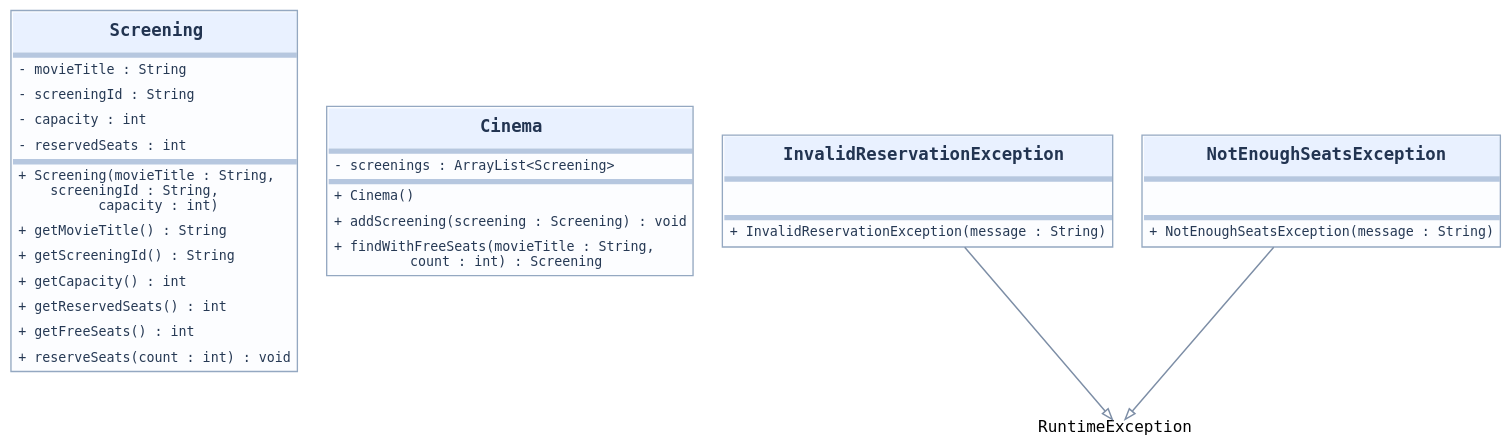
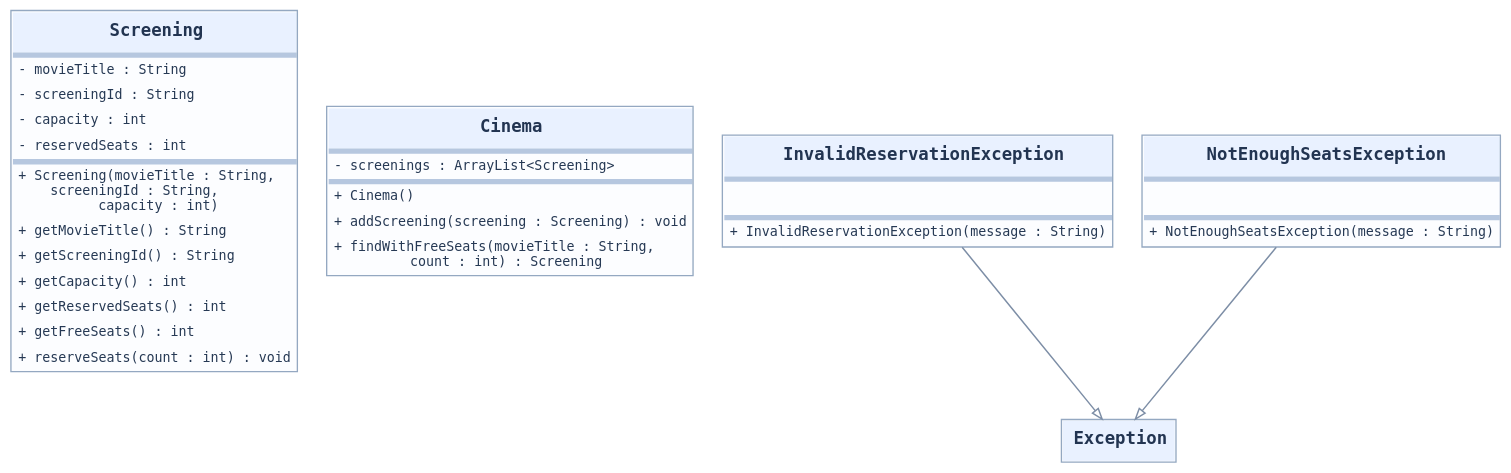
One commit to edetroll/java-oop changed the diagram in content/chapters/13-kivetelek/media/task-3-en.dot. Above: the diagram before and after it, drawn with Graphviz. The commit also changed 44 other files, not shown here.

```diff
--- a/content/chapters/13-kivetelek/media/task-3-en.dot
+++ b/content/chapters/13-kivetelek/media/task-3-en.dot
@@ -1,13 +1,12 @@
 digraph UML {
 graph [rankdir=TB, bgcolor="transparent", nodesep="0.30", ranksep="0.50", pad="0.12", splines=polyline];
 node [shape=plain];
 edge [color="#7d8ea6", penwidth=1.1, arrowsize=0.8];
 "Screening" [label=<<TABLE BORDER="1" COLOR="#94a8c1" CELLBORDER="0" CELLSPACING="0" BGCOLOR="#fcfdff"><TR><TD ALIGN="CENTER" CELLPADDING="8" BGCOLOR="#e9f1ff"><FONT FACE="DejaVu Sans Mono" POINT-SIZE="13" COLOR="#223451"><B>Screening</B></FONT></TD></TR><TR><TD BGCOLOR="#b6c7df" HEIGHT="2"></TD></TR><TR><TD ALIGN="LEFT" CELLPADDING="4"><FONT FACE="DejaVu Sans Mono" POINT-SIZE="10" COLOR="#263954">- movieTitle : String</FONT></TD></TR><TR><TD ALIGN="LEFT" CELLPADDING="4"><FONT FACE="DejaVu Sans Mono" POINT-SIZE="10" COLOR="#263954">- screeningId : String</FONT></TD></TR><TR><TD ALIGN="LEFT" CELLPADDING="4"><FONT FACE="DejaVu Sans Mono" POINT-SIZE="10" COLOR="#263954">- capacity : int</FONT></TD></TR><TR><TD ALIGN="LEFT" CELLPADDING="4"><FONT FACE="DejaVu Sans Mono" POINT-SIZE="10" COLOR="#263954">- reservedSeats : int</FONT></TD></TR><TR><TD BGCOLOR="#b6c7df" HEIGHT="2"></TD></TR><TR><TD ALIGN="LEFT" CELLPADDING="4"><FONT FACE="DejaVu Sans Mono" POINT-SIZE="10" COLOR="#263954">+ Screening(movieTitle : String,<BR ALIGN="LEFT"/>     screeningId : String,<BR ALIGN="LEFT"/>     capacity : int)</FONT></TD></TR><TR><TD ALIGN="LEFT" CELLPADDING="4"><FONT FACE="DejaVu Sans Mono" POINT-SIZE="10" COLOR="#263954">+ getMovieTitle() : String</FONT></TD></TR><TR><TD ALIGN="LEFT" CELLPADDING="4"><FONT FACE="DejaVu Sans Mono" POINT-SIZE="10" COLOR="#263954">+ getScreeningId() : String</FONT></TD></TR><TR><TD ALIGN="LEFT" CELLPADDING="4"><FONT FACE="DejaVu Sans Mono" POINT-SIZE="10" COLOR="#263954">+ getCapacity() : int</FONT></TD></TR><TR><TD ALIGN="LEFT" CELLPADDING="4"><FONT FACE="DejaVu Sans Mono" POINT-SIZE="10" COLOR="#263954">+ getReservedSeats() : int</FONT></TD></TR><TR><TD ALIGN="LEFT" CELLPADDING="4"><FONT FACE="DejaVu Sans Mono" POINT-SIZE="10" COLOR="#263954">+ getFreeSeats() : int</FONT></TD></TR><TR><TD ALIGN="LEFT" CELLPADDING="4"><FONT FACE="DejaVu Sans Mono" POINT-SIZE="10" COLOR="#263954">+ reserveSeats(count : int) : void</FONT></TD></TR></TABLE>>];
 "Cinema" [label=<<TABLE BORDER="1" COLOR="#94a8c1" CELLBORDER="0" CELLSPACING="0" BGCOLOR="#fcfdff"><TR><TD ALIGN="CENTER" CELLPADDING="8" BGCOLOR="#e9f1ff"><FONT FACE="DejaVu Sans Mono" POINT-SIZE="13" COLOR="#223451"><B>Cinema</B></FONT></TD></TR><TR><TD BGCOLOR="#b6c7df" HEIGHT="2"></TD></TR><TR><TD ALIGN="LEFT" CELLPADDING="4"><FONT FACE="DejaVu Sans Mono" POINT-SIZE="10" COLOR="#263954">- screenings : ArrayList&lt;Screening&gt;</FONT></TD></TR><TR><TD BGCOLOR="#b6c7df" HEIGHT="2"></TD></TR><TR><TD ALIGN="LEFT" CELLPADDING="4"><FONT FACE="DejaVu Sans Mono" POINT-SIZE="10" COLOR="#263954">+ Cinema()</FONT></TD></TR><TR><TD ALIGN="LEFT" CELLPADDING="4"><FONT FACE="DejaVu Sans Mono" POINT-SIZE="10" COLOR="#263954">+ addScreening(screening : Screening) : void</FONT></TD></TR><TR><TD ALIGN="LEFT" CELLPADDING="4"><FONT FACE="DejaVu Sans Mono" POINT-SIZE="10" COLOR="#263954">+ findWithFreeSeats(movieTitle : String,<BR ALIGN="LEFT"/>     count : int) : Screening</FONT></TD></TR></TABLE>>];
 "InvalidReservationException" [label=<<TABLE BORDER="1" COLOR="#94a8c1" CELLBORDER="0" CELLSPACING="0" BGCOLOR="#fcfdff"><TR><TD ALIGN="CENTER" CELLPADDING="8" BGCOLOR="#e9f1ff"><FONT FACE="DejaVu Sans Mono" POINT-SIZE="13" COLOR="#223451"><B>InvalidReservationException</B></FONT></TD></TR><TR><TD BGCOLOR="#b6c7df" HEIGHT="2"></TD></TR><TR><TD ALIGN="LEFT" CELLPADDING="5"> </TD></TR><TR><TD BGCOLOR="#b6c7df" HEIGHT="2"></TD></TR><TR><TD ALIGN="LEFT" CELLPADDING="4"><FONT FACE="DejaVu Sans Mono" POINT-SIZE="10" COLOR="#263954">+ InvalidReservationException(message : String)</FONT></TD></TR></TABLE>>];
 "NotEnoughSeatsException" [label=<<TABLE BORDER="1" COLOR="#94a8c1" CELLBORDER="0" CELLSPACING="0" BGCOLOR="#fcfdff"><TR><TD ALIGN="CENTER" CELLPADDING="8" BGCOLOR="#e9f1ff"><FONT FACE="DejaVu Sans Mono" POINT-SIZE="13" COLOR="#223451"><B>NotEnoughSeatsException</B></FONT></TD></TR><TR><TD BGCOLOR="#b6c7df" HEIGHT="2"></TD></TR><TR><TD ALIGN="LEFT" CELLPADDING="5"> </TD></TR><TR><TD BGCOLOR="#b6c7df" HEIGHT="2"></TD></TR><TR><TD ALIGN="LEFT" CELLPADDING="4"><FONT FACE="DejaVu Sans Mono" POINT-SIZE="10" COLOR="#263954">+ NotEnoughSeatsException(message : String)</FONT></TD></TR></TABLE>>];
-"RuntimeException" [shape=plain, label=<<FONT FACE="DejaVu Sans Mono" POINT-SIZE="12">RuntimeException</FONT>>];
-"InvalidReservationException" -> "RuntimeException" [arrowhead="empty"];
-"RuntimeException" [shape=plain, label=<<FONT FACE="DejaVu Sans Mono" POINT-SIZE="12">RuntimeException</FONT>>];
-"NotEnoughSeatsException" -> "RuntimeException" [arrowhead="empty"];
+"Exception" [label=<<TABLE BORDER="1" COLOR="#94a8c1" CELLBORDER="0" CELLSPACING="0" BGCOLOR="#fcfdff"><TR><TD ALIGN="CENTER" CELLPADDING="8" BGCOLOR="#e9f1ff"><FONT FACE="DejaVu Sans Mono" POINT-SIZE="13" COLOR="#223451"><B>Exception</B></FONT></TD></TR></TABLE>>];
+"InvalidReservationException" -> "Exception" [arrowhead="empty"];
+"NotEnoughSeatsException" -> "Exception" [arrowhead="empty"];
 }
```
